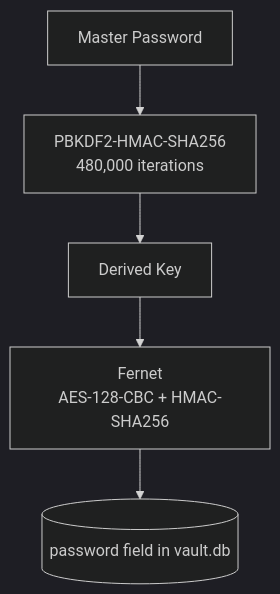
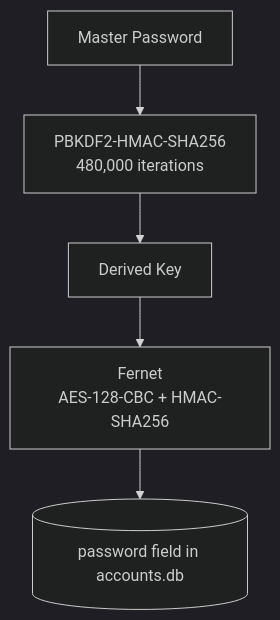
The second of 2 diagrams in README.md (nleceguic/rift-vault), drawn with Mermaid (dark theme) before and after one commit. The commit also changed other lines of this file, not shown here.

````diff
--- a/README.md
+++ b/README.md
@@ -245,7 +278,7 @@
 ```mermaid
 flowchart TD
     MP[Master Password] --> KDF["PBKDF2-HMAC-SHA256<br/>480,000 iterations"]
     KDF --> KEY[Derived Key]
     KEY --> FERNET["Fernet<br/>AES-128-CBC + HMAC-SHA256"]
-    FERNET --> VAULT[("password field in vault.db")]
+    FERNET --> VAULT[("password field in accounts.db")]
 ```
````
